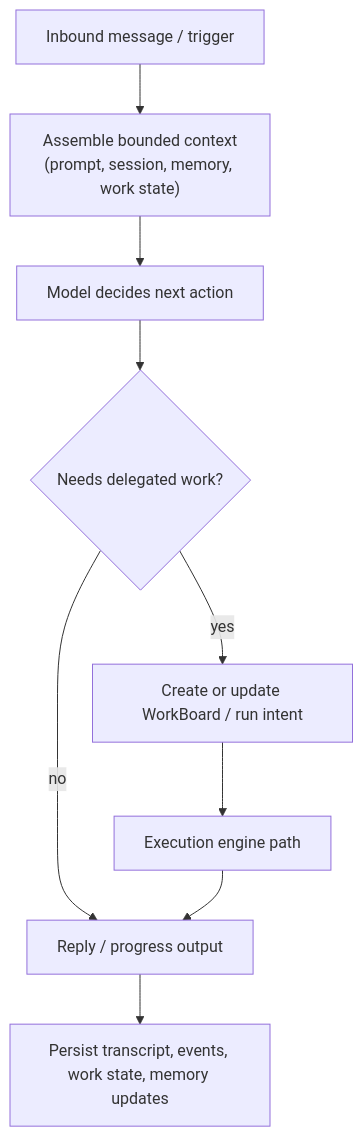
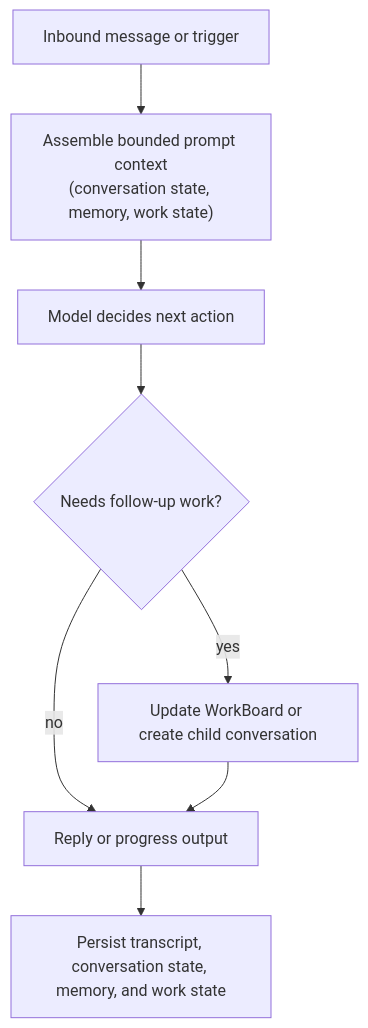
Before and after one commit to tyrumai/tyrum: the diagram in docs/architecture/agent/agent-loop.md, drawn with Mermaid. The commit also changed other lines of this file and 56 other files, not shown here.

Commit message:
docs: rewrite architecture around conversations and turns (#1829)

````diff
--- a/docs/architecture/agent/agent-loop.md
+++ b/docs/architecture/agent/agent-loop.md
@@ -15,11 +15,10 @@
 ```mermaid
 flowchart TB
-  Inbound["Inbound message / trigger"] --> Context["Assemble bounded context<br/>(prompt, session, memory, work state)"]
+  Inbound["Inbound message or trigger"] --> Context["Assemble bounded prompt context<br/>(conversation state, memory, work state)"]
   Context --> Decide["Model decides next action"]
-  Decide --> Work{"Needs delegated work?"}
-  Work -- no --> Reply["Reply / progress output"]
-  Work -- yes --> Delegate["Create or update WorkBoard / run intent"]
-  Delegate --> Execute["Execution engine path"]
-  Execute --> Reply
-  Reply --> Persist["Persist transcript, events, work state, memory updates"]
+  Decide --> Work{"Needs follow-up work?"}
+  Work -- no --> Reply["Reply or progress output"]
+  Work -- yes --> Update["Update WorkBoard or create child conversation"]
+  Update --> Reply
+  Reply --> Persist["Persist transcript, conversation state, memory, and work state"]
 ```
````
